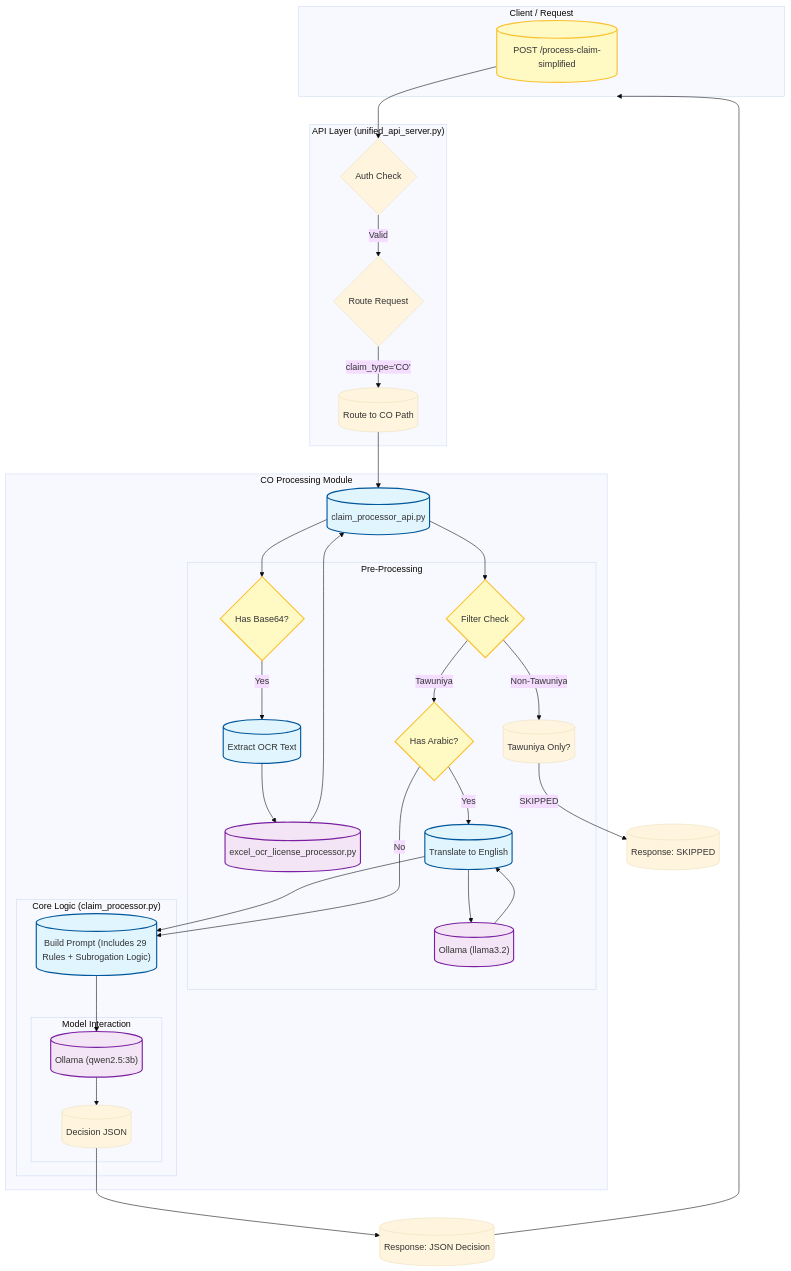
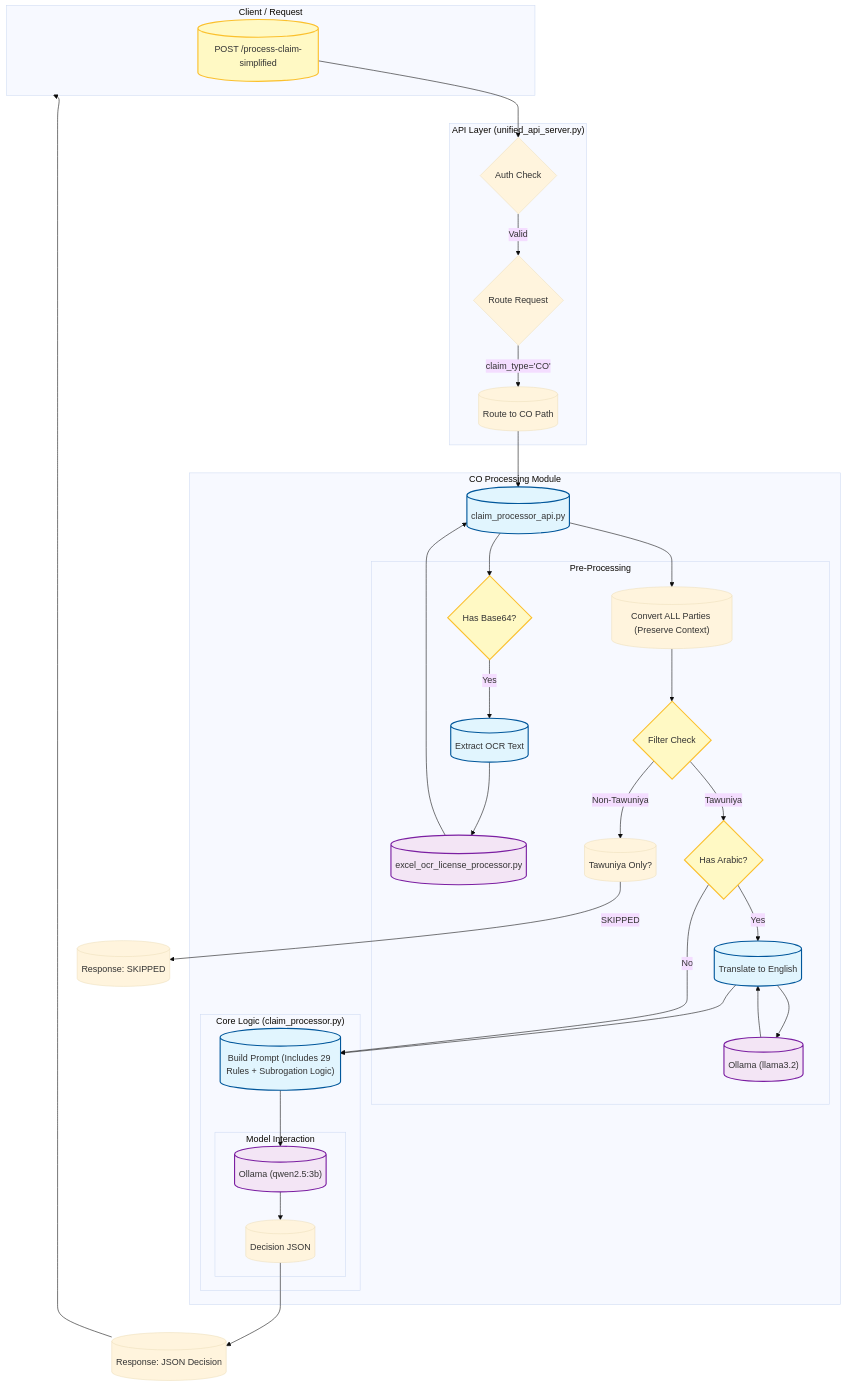
The diagram in co_flow_chart.mermaid (tech920/motor-claim-decision-api), drawn with Mermaid (base theme) before and after one commit. The commit also changed 1 other file, not shown here.

Commit message:
Refactor CO claim processing to convert all parties first

```diff
--- a/co_flow_chart.mermaid
+++ b/co_flow_chart.mermaid
@@ -1,79 +1,82 @@
 
 flowchart TD
     subgraph Client ["Client / Request"]
         REQ[("POST /process-claim-simplified")]
     end
 
     subgraph API_Layer ["API Layer (unified_api_server.py)"]
         R_MAIN{"Route Request"}
         AUTH{"Auth Check"}
         R_CO[("Route to CO Path")]
     end
 
     subgraph CO_Module ["CO Processing Module"]
         H_API[("claim_processor_api.py")]
         
         subgraph Pre_Processing ["Pre-Processing"]
             OCR_CHK{"Has Base64?"}
             OCR_EXT[("Extract OCR Text")]
             OCR_PROC[("excel_ocr_license_processor.py")]
+            
+            CONTEXT[("Convert ALL Parties (Preserve Context)")]
             
             FILTER{"Filter Check"}
             FILTER_LOG[("Tawuniya Only?")]
             
             TRANS_CHK{"Has Arabic?"}
             TRANS_EXEC[("Translate to English")]
             TRANS_LLM[("Ollama (llama3.2)")]
         end
         
         subgraph Core_Logic ["Core Logic (claim_processor.py)"]
             PROMPT[("Build Prompt (Includes 29 Rules + Subrogation Logic)")]
             
             subgraph Model_Interaction ["Model Interaction"]
                 LLM_DEC[("Ollama (qwen2.5:3b)")]
                 DEC_JSON[("Decision JSON")]
             end
         end
     end
 
     %% Connections
     REQ --> AUTH
     AUTH -- Valid --> R_MAIN
     R_MAIN -- claim_type='CO' --> R_CO
     R_CO --> H_API
     
     %% OCR Flow
     H_API --> OCR_CHK
     OCR_CHK -- Yes --> OCR_EXT
     OCR_EXT --> OCR_PROC
     OCR_PROC --> H_API
     
-    %% Filtering Flow
-    H_API --> FILTER
+    %% Context & Filtering Flow
+    H_API --> CONTEXT
+    CONTEXT --> FILTER
     FILTER -- Non-Tawuniya --> FILTER_LOG
     FILTER_LOG -- SKIPPED --> RES_SKIP[("Response: SKIPPED")]
     
     %% Translation Flow
     FILTER -- Tawuniya --> TRANS_CHK
     TRANS_CHK -- Yes --> TRANS_EXEC
     TRANS_EXEC --> TRANS_LLM
     TRANS_LLM --> TRANS_EXEC
     TRANS_EXEC --> PROMPT
     TRANS_CHK -- No --> PROMPT
     
     %% Decision Flow
     PROMPT --> LLM_DEC
     LLM_DEC --> DEC_JSON
     DEC_JSON --> RES_FINAL
     
     %% Response
     RES_FINAL[("Response: JSON Decision")] --> Client
     
     %% Styles
     classDef process fill:#e1f5fe,stroke:#01579b,stroke-width:2px;
     classDef decision fill:#fff9c4,stroke:#fbc02d,stroke-width:2px;
     classDef component fill:#f3e5f5,stroke:#7b1fa2,stroke-width:2px;
     
     class H_API,OCR_EXT,TRANS_EXEC,PROMPT,SUB_UPG process;
     class REQ,OCR_CHK,FILTER,TRANS_CHK,SUB_CHK decision;
     class OCR_PROC,TRANS_LLM,LLM_DEC component;
```
